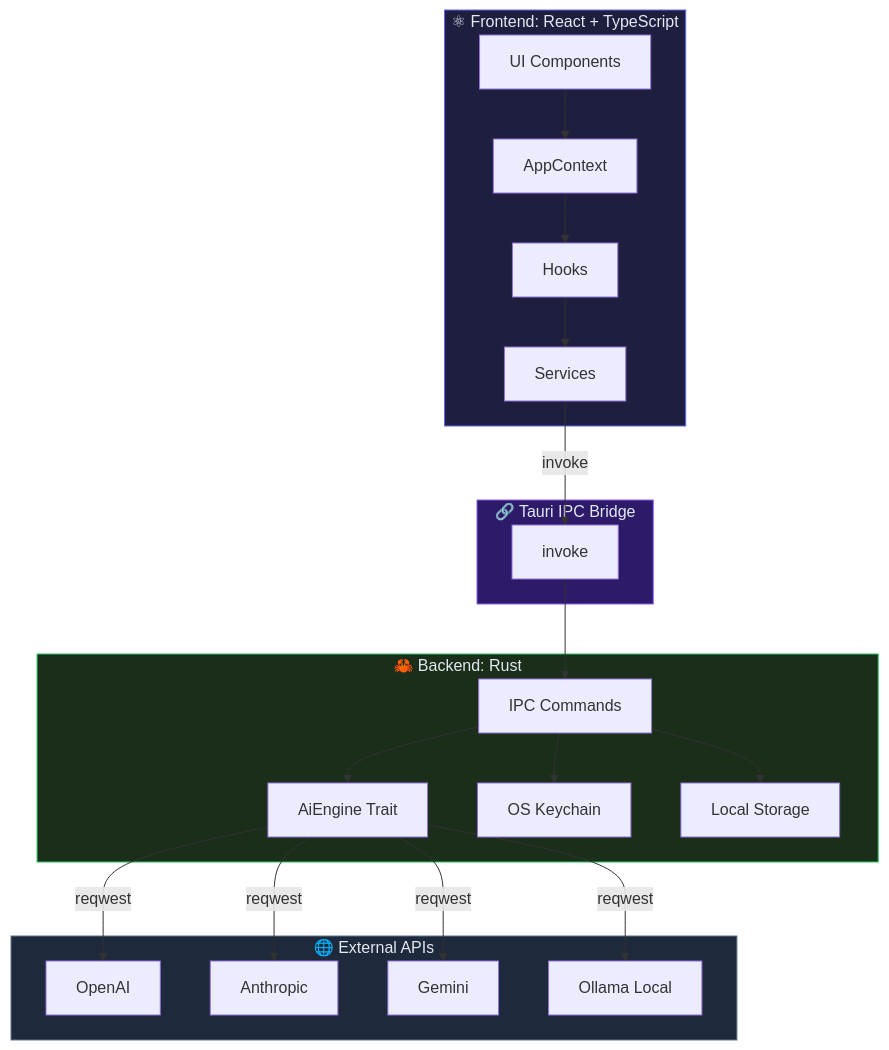
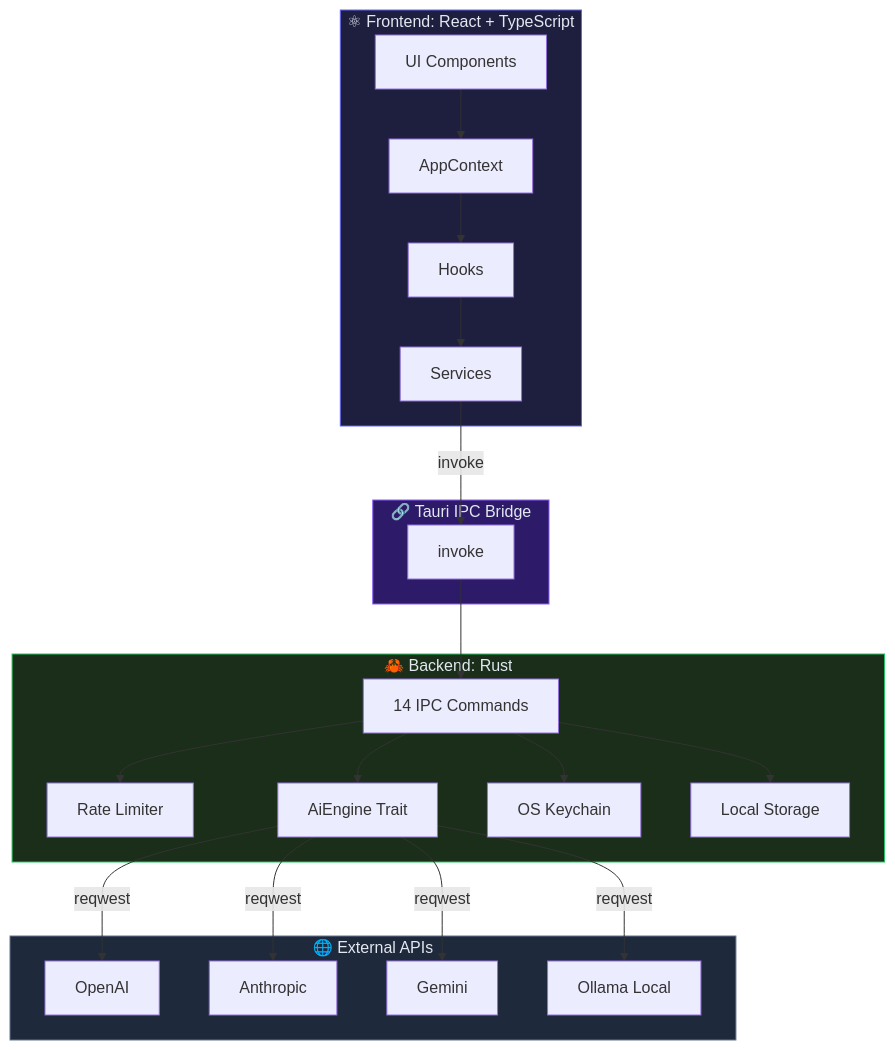
One commit to ekosistema/nexus-prompt-suite changed the diagram in DEVELOPMENT.md. Above: the diagram before and after it, drawn with Mermaid. The commit also changed other lines of this file and 47 other files, not shown here.

````diff
--- a/DEVELOPMENT.md
+++ b/DEVELOPMENT.md
@@ -28,45 +29,44 @@
 ```mermaid
 graph TB
     subgraph Frontend["⚛ Frontend: React + TypeScript"]
         UI["UI Components"]
         CTX["AppContext"]
         HKS["Hooks"]
         SVC["Services"]
     end
 
     subgraph Bridge["🔗 Tauri IPC Bridge"]
         IPC["invoke"]
     end
 
     subgraph Backend["🦀 Backend: Rust"]
-        CMD["IPC Commands"]
+        CMD["14 IPC Commands"]
+        RL["Rate Limiter"]
         AI["AiEngine Trait"]
         KR["OS Keychain"]
         FS["Local Storage"]
     end
 
     subgraph External["🌐 External APIs"]
         OAI["OpenAI"]
         ANTH["Anthropic"]
         GEM["Gemini"]
         OLLA["Ollama Local"]
     end
 
-    UI --> CTX
-    CTX --> HKS
-    HKS --> SVC
-    SVC -->|invoke| IPC
-    IPC --> CMD
+    UI --> CTX --> HKS --> SVC
+    SVC -->|invoke| IPC --> CMD
+    CMD --> RL
     CMD --> AI
     CMD --> KR
     CMD --> FS
     AI -->|reqwest| OAI
     AI -->|reqwest| ANTH
     AI -->|reqwest| GEM
     AI -->|reqwest| OLLA
 
     style Frontend fill:#1e1e3f,stroke:#6366f1,color:#e2e8f0
     style Bridge fill:#2d1b69,stroke:#8b5cf6,color:#e2e8f0
     style Backend fill:#1a2e1a,stroke:#22c55e,color:#e2e8f0
     style External fill:#1e293b,stroke:#64748b,color:#e2e8f0
 ```
````
